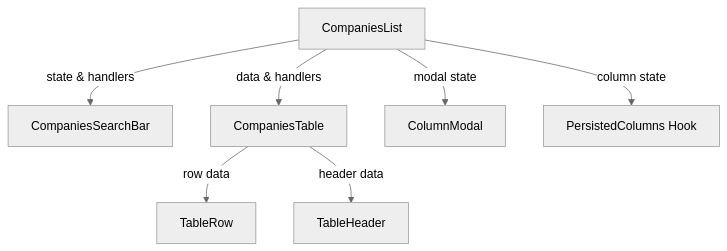
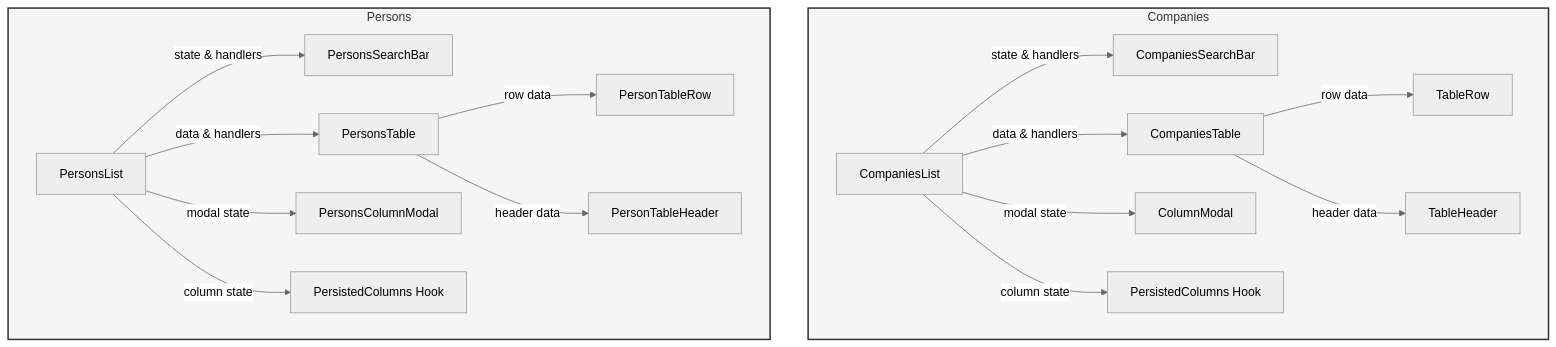
Before and after one commit to SergeiAntonyanComiq/Altss-database-front: the first of 5 diagrams in memory-bank/systemPatterns.md, drawn with Mermaid (neutral theme). The commit also changed other lines of this file and 12 other files, not shown here.

Commit message:
Add column management functionality to persons section and update memory bank files

````diff
--- a/memory-bank/systemPatterns.md
+++ b/memory-bank/systemPatterns.md
@@ -6,9 +6,23 @@
 ```mermaid
 graph TD
-    CL[CompaniesList] --> |state & handlers| CS[CompaniesSearchBar]
-    CL --> |data & handlers| CT[CompaniesTable]
-    CT --> |row data| TR[TableRow]
-    CT --> |header data| TH[TableHeader]
-    CL --> |modal state| CM[ColumnModal]
-    CL --> |column state| PC[PersistedColumns Hook]
+    subgraph Companies
+        CL[CompaniesList] --> |state & handlers| CS[CompaniesSearchBar]
+        CL --> |data & handlers| CT[CompaniesTable]
+        CT --> |row data| TR[TableRow]
+        CT --> |header data| TH[TableHeader]
+        CL --> |modal state| CM[ColumnModal]
+        CL --> |column state| CPC[PersistedColumns Hook]
+    end
+    
+    subgraph Persons
+        PL[PersonsList] --> |state & handlers| PS[PersonsSearchBar]
+        PL --> |data & handlers| PT[PersonsTable]
+        PT --> |row data| PTR[PersonTableRow]
+        PT --> |header data| PTH[PersonTableHeader]
+        PL --> |modal state| PM[PersonsColumnModal]
+        PL --> |column state| PPC[PersistedColumns Hook]
+    end
+    
+    style Companies fill:#f5f5f5,stroke:#333,stroke-width:2px
+    style Persons fill:#f5f5f5,stroke:#333,stroke-width:2px
 ```
````
